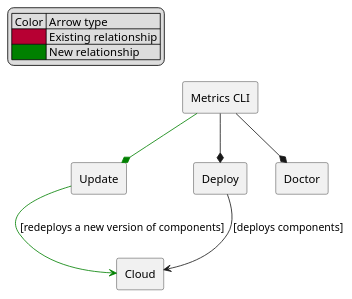
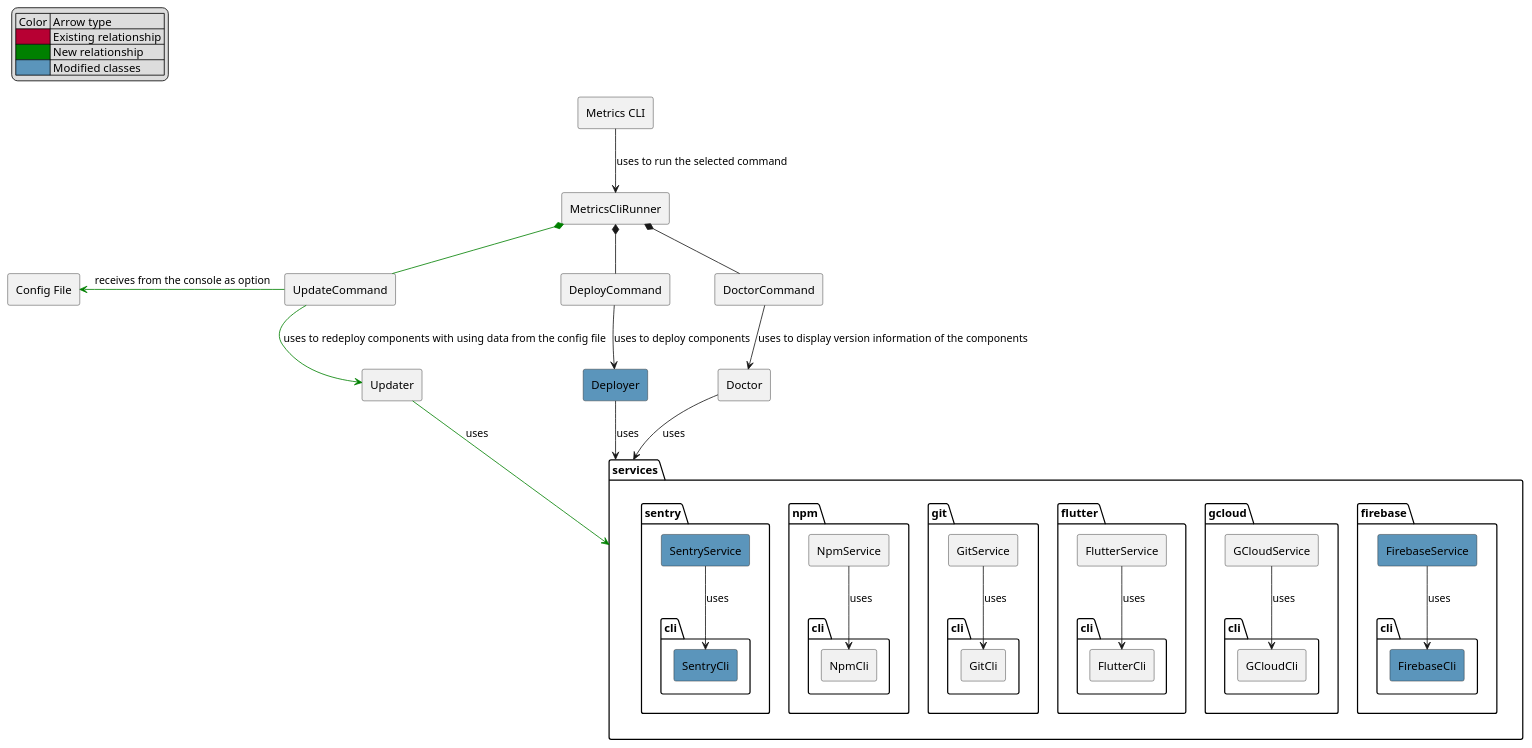
The diagram in metrics/cli/docs/features/diagrams/update_feature_integration_component_diagram.puml (Flank/flank-dashboard), drawn with PlantUML before and after one commit. The commit also changed 1 other file, not shown here.

```diff
--- a/metrics/cli/docs/features/diagrams/update_feature_integration_component_diagram.puml
+++ b/metrics/cli/docs/features/diagrams/update_feature_integration_component_diagram.puml
@@ -1,24 +1,89 @@
 @startuml update_feature_integration_component_diagram
 
 skinparam componentStyle rectangle
 
 legend top left
     | Color | Arrow type |
     |<#B70033>| Existing relationship |
     |<#Green>| New relationship |
+    |<#5B95BB>| Modified classes |
 endlegend
 
-component "Metrics CLI" as Cli
-component "Update"
-component "Deploy"
+component "Metrics CLI" as CLI
+component "UpdateCommand"
+component "DeployCommand"
+component "DoctorCommand"
+component "MetricsCliRunner"
+component "Updater"
+component "Deployer" #5B95BB
 component "Doctor"
-component Cloud
+component "Config File" as File
 
-Cli -[#Green]-* Update
-Cli --* Deploy
-Cli --* Doctor
+package services {
+    package firebase {
+        component FirebaseService #5B95BB
+        package cli as firebase.cli {
+            component FirebaseCli #5B95BB
+        }
+    }
 
-Update -[#Green]-> Cloud : [redeploys a new version of components]
-Deploy --> Cloud : [deploys components]
+    package gcloud {
+        component GCloudService
+        package cli as gcloud.cli {
+            component GCloudCli
+        }
+    }
+
+    package flutter {
+        component FlutterService
+        package cli as flutter.cli {
+            component FlutterCli
+        }
+    }
+
+    package git {
+        component GitService
+        package cli as git.cli {
+            component GitCli
+        }
+    }
+
+    package npm {
+        component NpmService
+        package cli as npm.cli {
+            component NpmCli
+        }
+    }
+
+    package sentry {
+        component SentryService #5B95BB
+        package cli as sentry.cli {
+            component SentryCli #5B95BB
+        }
+    }
+}
+
+
+CLI --> MetricsCliRunner : uses to run the selected command
+
+UpdateCommand -[#Green]up-* MetricsCliRunner
+DeployCommand -up-* MetricsCliRunner
+DoctorCommand -up-* MetricsCliRunner
+
+UpdateCommand -[#Green]left-> File : receives from the console as option
+UpdateCommand -[#Green]-> Updater : uses to redeploy components with using data from the config file
+DeployCommand --> Deployer : uses to deploy components
+DoctorCommand --> Doctor : uses to display version information of the components
+
+Updater -[#Green]-> services : uses
+Deployer --> services : uses
+Doctor --> services : uses
+
+FirebaseService -down-> FirebaseCli : uses
+GCloudService -down-> GCloudCli : uses
+FlutterService -down-> FlutterCli : uses
+GitService -down-> GitCli : uses
+NpmService -down-> NpmCli : uses
+SentryService -down-> SentryCli : uses
 
 @enduml
```
